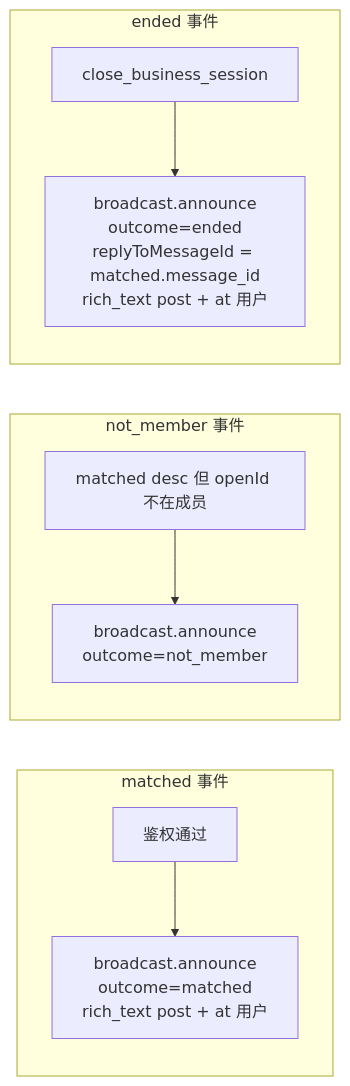
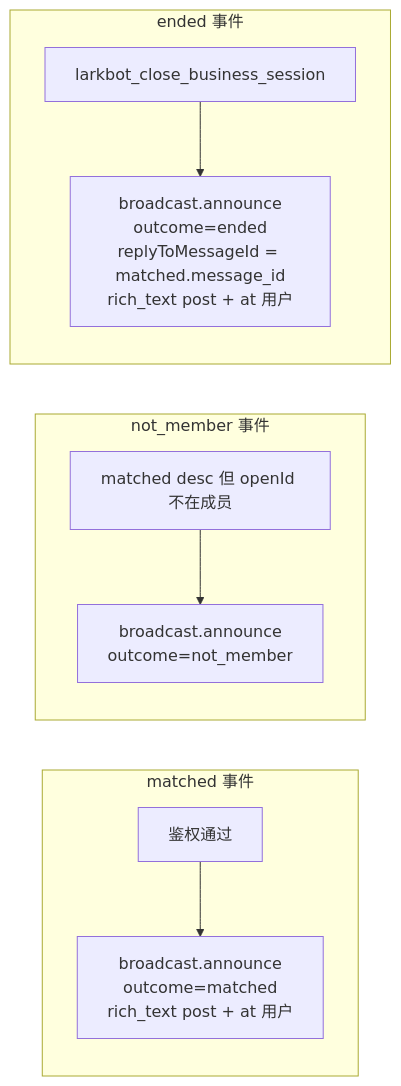
One commit to mmw-devs/ffxiv-race-stats changed the fourth of 5 diagrams in docs/lark-bot-business-flow.md. Above: the diagram before and after it, drawn with Mermaid. The commit also changed other lines of this file and 4 other files, not shown here.

````diff
--- a/docs/lark-bot-business-flow.md
+++ b/docs/lark-bot-business-flow.md
@@ -119,12 +119,12 @@
 ```mermaid
 flowchart LR
     subgraph matched 事件
         M1[鉴权通过] --> M2[broadcast.announce<br/>outcome=matched<br/>rich_text post + at 用户]
     end
     subgraph not_member 事件
         N1[matched desc 但 openId 不在成员] --> N2[broadcast.announce<br/>outcome=not_member]
     end
     subgraph ended 事件
-        E1[close_business_session] --> E2[broadcast.announce<br/>outcome=ended<br/>replyToMessageId = matched.message_id<br/>rich_text post + at 用户]
+        E1[larkbot_close_business_session] --> E2[broadcast.announce<br/>outcome=ended<br/>replyToMessageId = matched.message_id<br/>rich_text post + at 用户]
     end
 ```
````
